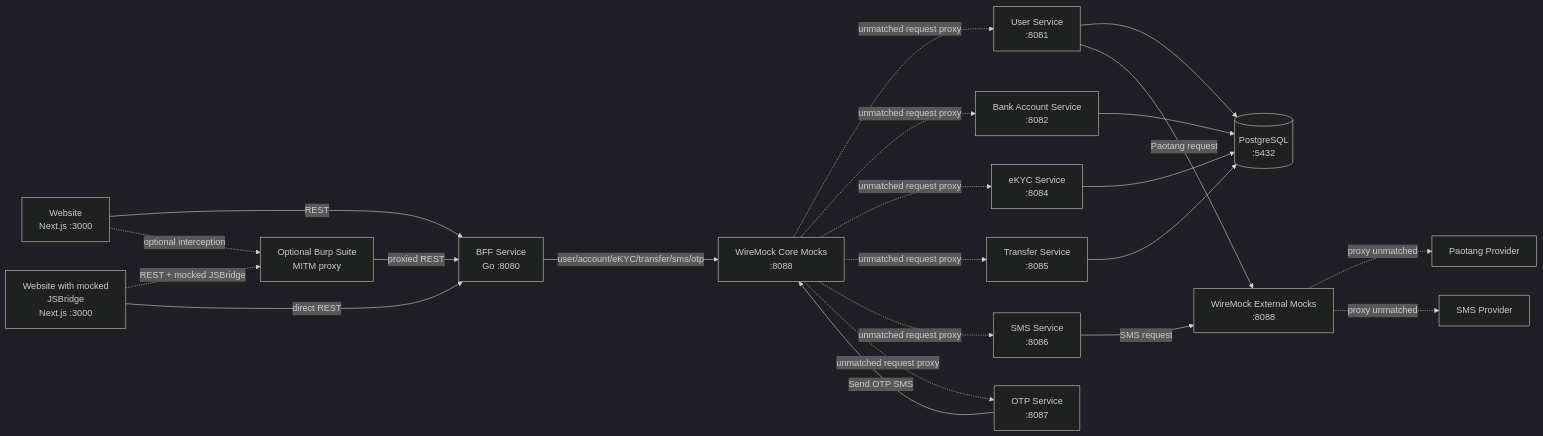
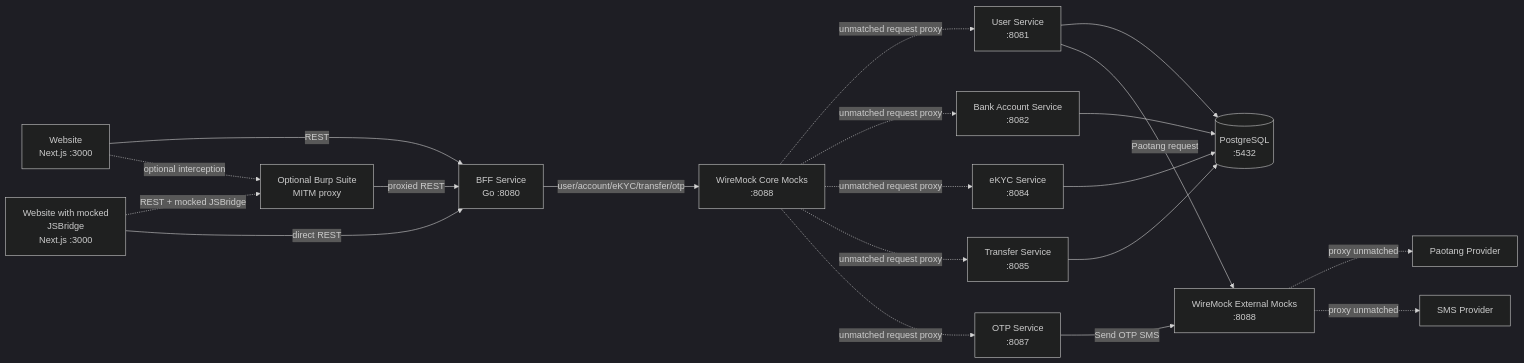
One commit to SiwakornSitti/ultra-smoooooth-testing changed the second of 3 diagrams in SYSTEM-ARCHITECTURE.md. Above: the diagram before and after it, drawn with Mermaid (dark theme). The commit also changed other lines of this file and 14 other files, not shown here.

Commit message:
refactor: remove sms-service container and update OTP Service to route SMS delivery to SMS Provider via WireMock

````diff
--- a/SYSTEM-ARCHITECTURE.md
+++ b/SYSTEM-ARCHITECTURE.md
@@ -63,45 +60,42 @@
 ```mermaid
 flowchart LR
     Browser[Website\nNext.js :3000]
     BridgeWebsite[Website with mocked\nJSBridge\nNext.js :3000]
     Burp[Optional Burp Suite\nMITM proxy]
     BFF[BFF Service\nGo :8080]
 
     User[User Service\n:8081]
     Account[Bank Account Service\n:8082]
     EKYC[eKYC Service\n:8084]
     Transfer[Transfer Service\n:8085]
-    SMS[SMS Service\n:8086]
     OTP[OTP Service\n:8087]
 
     DB[(PostgreSQL\n:5432)]
     MockCore[WireMock Core Mocks\n:8088]
     MockExternal[WireMock External Mocks\n:8088]
     PaotangProvider[Paotang Provider]
     SMSProvider[SMS Provider]
 
     Browser -->|REST| BFF
     BridgeWebsite -.->|REST + mocked JSBridge| Burp
     BridgeWebsite -->|direct REST| BFF
     Burp -->|proxied REST| BFF
     Browser -.->|optional interception| Burp
 
-    BFF -->|user/account/eKYC/transfer/sms/otp| MockCore
+    BFF -->|user/account/eKYC/transfer/otp| MockCore
 
     MockCore -.->|unmatched request proxy| User
     MockCore -.->|unmatched request proxy| Account
     MockCore -.->|unmatched request proxy| EKYC
     MockCore -.->|unmatched request proxy| Transfer
-    MockCore -.->|unmatched request proxy| SMS
     MockCore -.->|unmatched request proxy| OTP
 
     User --> DB
     Account --> DB
     EKYC --> DB
     Transfer --> DB
     User -->|Paotang request| MockExternal
-    OTP -->|Send OTP SMS| MockCore
-    SMS -->|SMS request| MockExternal
+    OTP -->|Send OTP SMS| MockExternal
     MockExternal -.->|proxy unmatched| PaotangProvider
     MockExternal -.->|proxy unmatched| SMSProvider
 ```
````
